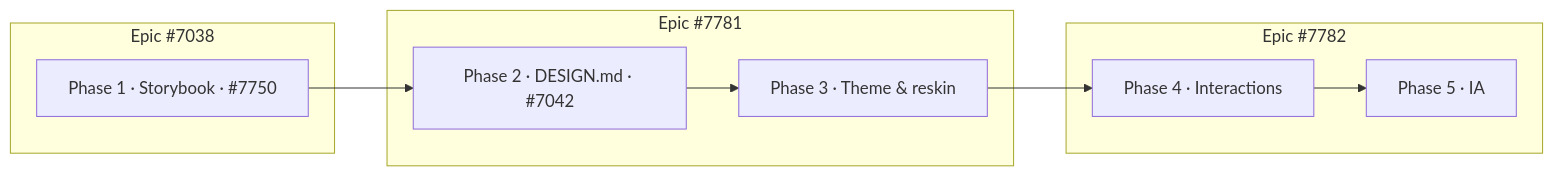
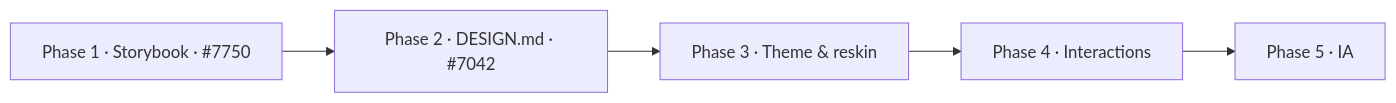
Before and after one commit to nearai/ironclaw: the diagram in docs/internal/reborn/design-system/PLAN.md, drawn with Mermaid. The commit also changed other lines of this file and 4 other files, not shown here.

````diff
--- a/docs/internal/reborn/design-system/PLAN.md
+++ b/docs/internal/reborn/design-system/PLAN.md
@@ -18,15 +18,4 @@
 ```mermaid
 flowchart LR
   P1["Phase 1 · Storybook · #7750"] --> P2["Phase 2 · DESIGN.md · #7042"] --> P3["Phase 3 · Theme & reskin"] --> P4["Phase 4 · Interactions"] --> P5["Phase 5 · IA"]
-  subgraph E1["Epic #7038"]
-    P1
-  end
-  subgraph E2["Epic #7781"]
-    P2
-    P3
-  end
-  subgraph E3["Epic #7782"]
-    P4
-    P5
-  end
 ```
````
